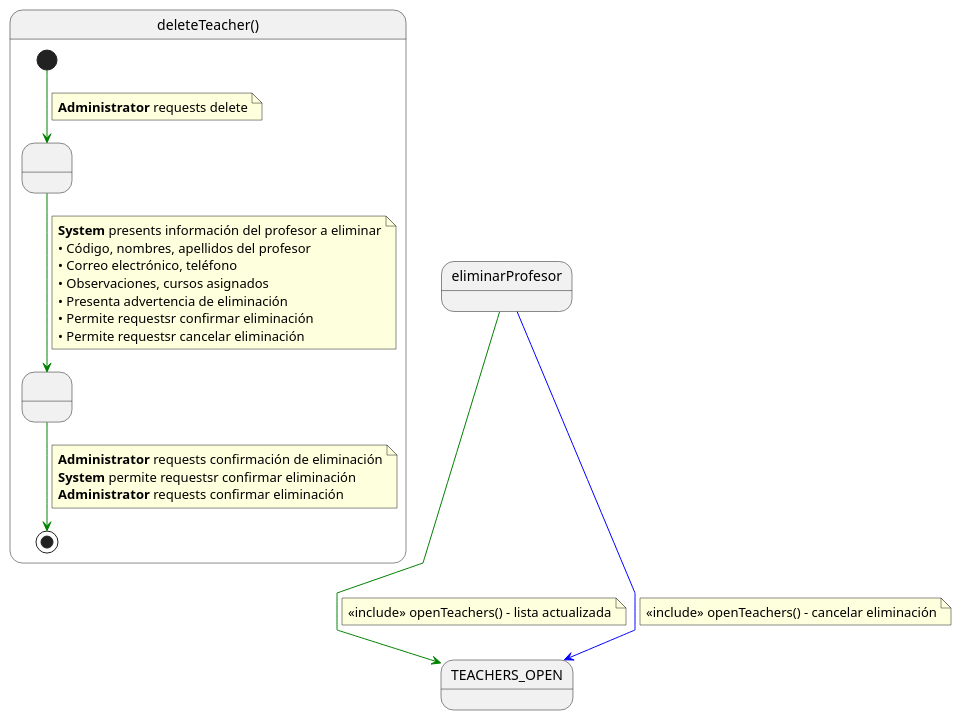
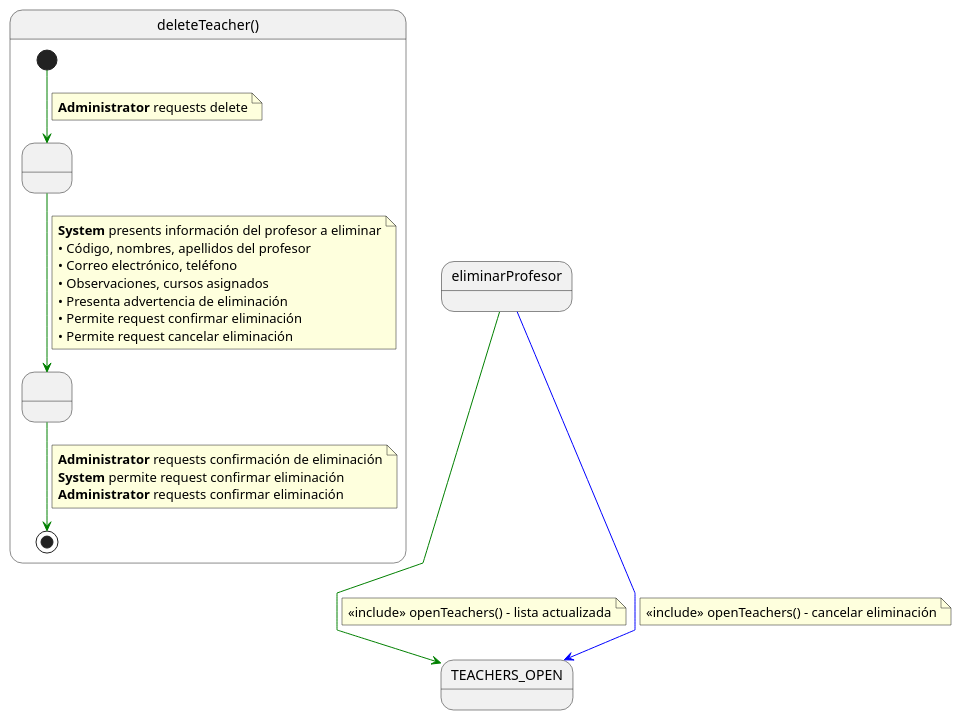
The diagram in RUP/00-casos-uso/02-detalle/eliminarProfesor/especificacion.puml (mmasias/pySigHor), drawn with PlantUML before and after one commit. The commit also changed 34 other files, not shown here.

```diff
--- a/RUP/00-casos-uso/02-detalle/eliminarProfesor/especificacion.puml
+++ b/RUP/00-casos-uso/02-detalle/eliminarProfesor/especificacion.puml
@@ -1,44 +1,44 @@
 @startuml deleteTeacher
 
 skinparam linetype polyline
 
 state deleteTeacher as "deleteTeacher()" {
 
     state " " as ConfirmandoEliminacion
     state " " as EliminandoProfesor
 
     [*] -[#green]-> ConfirmandoEliminacion 
     note on link
     <b>Administrator</b> requests delete
     end note    
     
     ConfirmandoEliminacion -[#green]-> EliminandoProfesor
     note on link
     <b>System</b> presents información del profesor a eliminar
     • Código, nombres, apellidos del profesor
     • Correo electrónico, teléfono
     • Observaciones, cursos asignados
     • Presenta advertencia de eliminación
-    • Permite requestsr confirmar eliminación
-    • Permite requestsr cancelar eliminación
+    • Permite request confirmar eliminación
+    • Permite request cancelar eliminación
     end note
     
     EliminandoProfesor -[#green]-> [*]
     note on link
     <b>Administrator</b> requests confirmación de eliminación
-    <b>System</b> permite requestsr confirmar eliminación
+    <b>System</b> permite request confirmar eliminación
     <b>Administrator</b> requests confirmar eliminación
     end note
 }
 
 eliminarProfesor -[#green]-> TEACHERS_OPEN
 note on link
 <<include>> openTeachers() - lista actualizada
 end note
 
 eliminarProfesor -[#blue]-> TEACHERS_OPEN
 note on link
 <<include>> openTeachers() - cancelar eliminación
 end note
 
 @enduml
```
